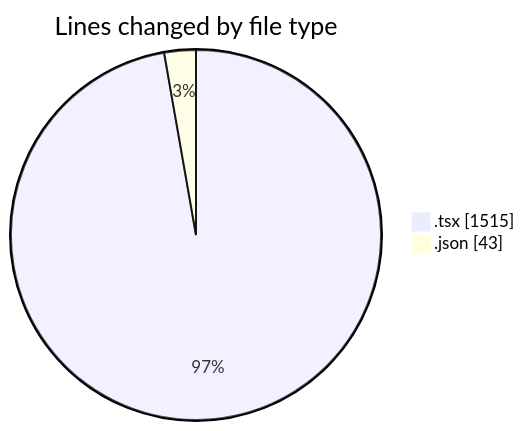
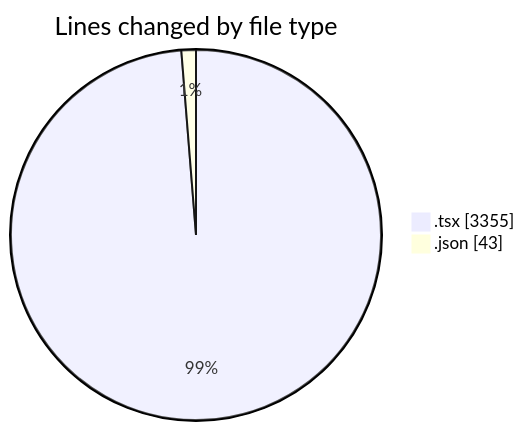
One commit to robertbonfada/code-tracking changed the first of 2 diagrams in 2025-11-11/mbc-web/README.md. Above: the diagram before and after it, drawn with Mermaid. The commit also changed other lines of this file and 1 other file, not shown here.

````diff
--- a/2025-11-11/mbc-web/README.md
+++ b/2025-11-11/mbc-web/README.md
@@ -23,6 +23,6 @@
 ```mermaid
 pie showData
 title Lines changed by file type
-".tsx" : 1515
+".tsx" : 3355
 ".json" : 43
 ```
````
